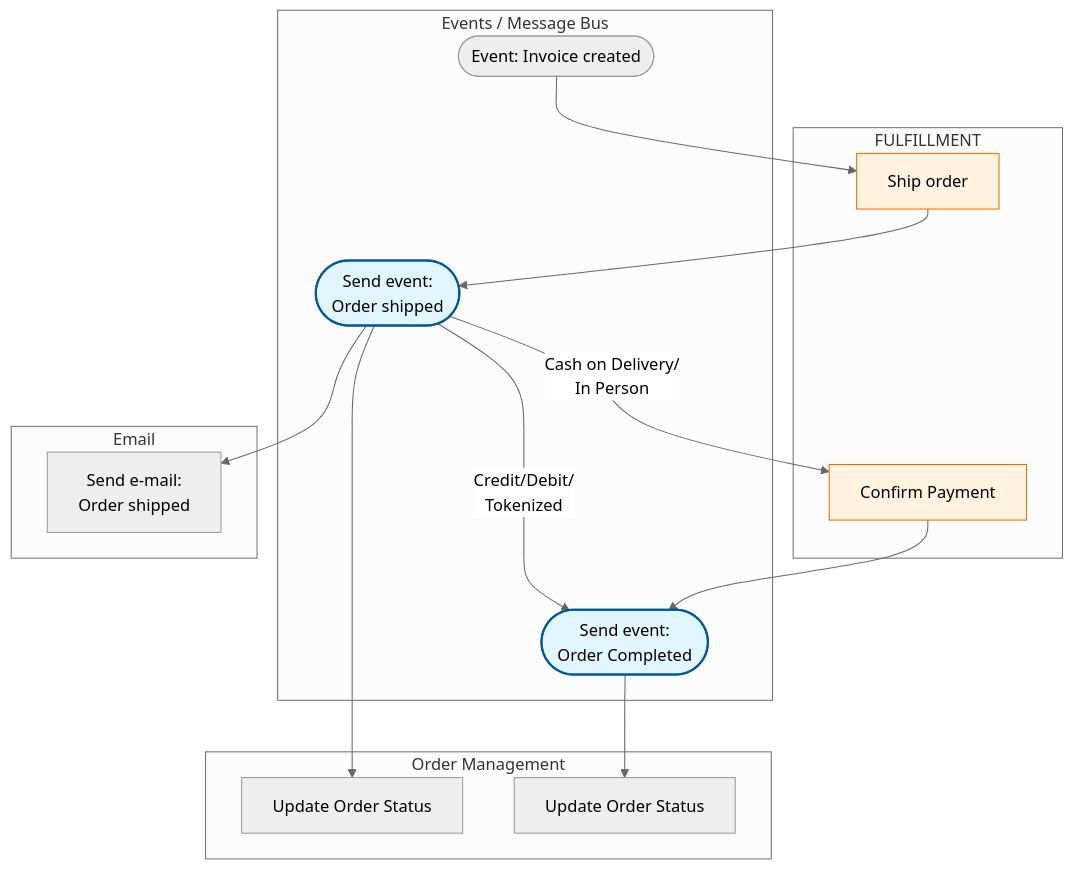
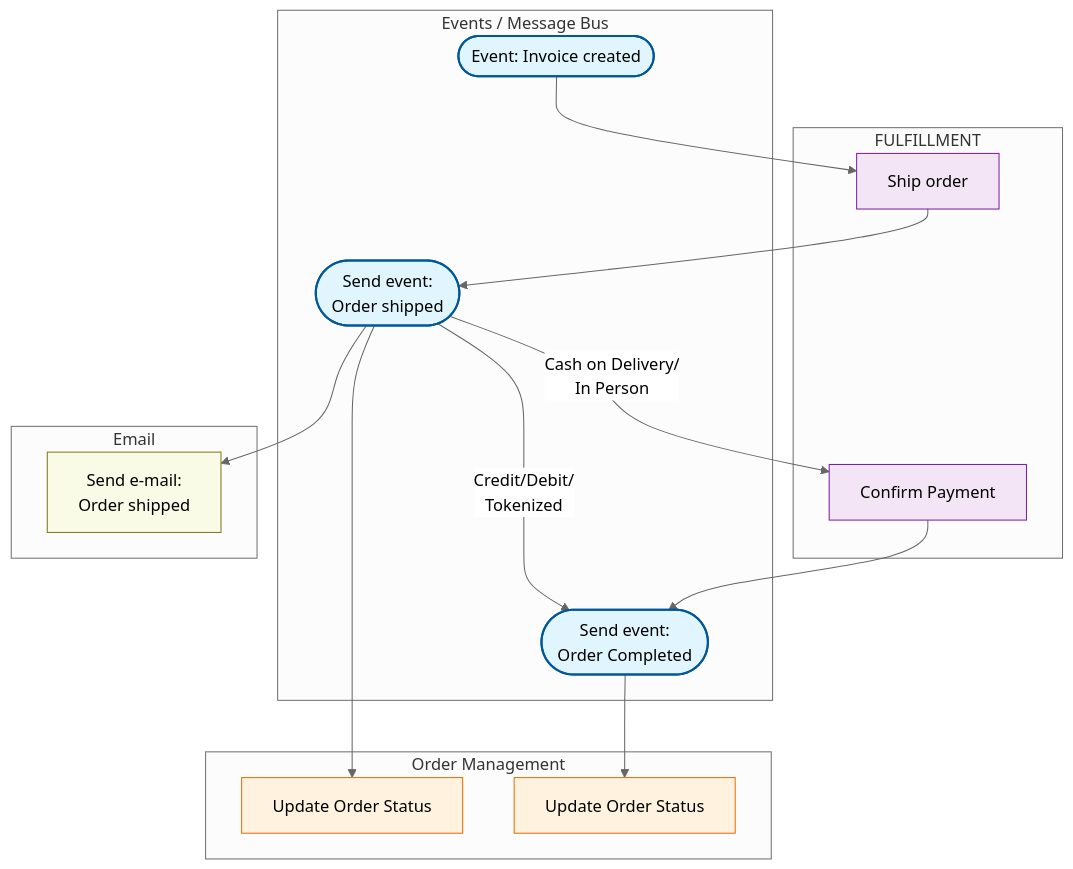
Before and after one commit to RobertoFreireDev/Order-Management: the fourth of 4 diagrams in README.md, drawn with Mermaid (neutral theme). The commit also changed other lines of this file, not shown here.

````diff
--- a/README.md
+++ b/README.md
@@ -163,42 +169,46 @@
 ```mermaid
 flowchart TD
     %% Subgraph Styling
     classDef event fill:#e1f5fe,stroke:#01579b,stroke-width:2px;
-    classDef fulfill fill:#fff3e0,stroke:#ef6c00,stroke-width:1px;
+    classDef order fill:#fff3e0,stroke:#ef6c00,stroke-width:1px;
+    classDef fulfill fill:#f3e5f5,stroke:#7b1fa2,stroke-width:1px;
+    classDef note fill:#f9fbe7,stroke:#827717,stroke-width:1px;
 
     subgraph Fulfillment [FULFILLMENT]
         U[Ship order]
         Q[Confirm Payment]
     end
 
     subgraph Events [Events / Message Bus]
         S([Event: Invoice created])
         P([Send event:<br/>Order shipped])
         W([Send event:<br/>Order Completed])
     end
 
     subgraph Order_Management [Order Management]
         N[Update Order Status]
         R[Update Order Status]
     end
 
     subgraph Email [Email]
         O[Send e-mail:<br/> Order shipped]
     end
 
     %% Shipping Flow
     S --> U
     U --> P
     
     %% Final Updates
     P --> O
     P --> N
     P --> |"Cash on Delivery/<br/>In Person"| Q
     P --> |"Credit/Debit/<br/>Tokenized"| W
     Q --> W
     W --> R
 
     %% Class Assignments
-    class P,W event;
-    class U,Q fulfill;
+    class S,P,W event;
+    class U,Q fulfill
+    class N,R order;
+    class O note;
 ```
````
